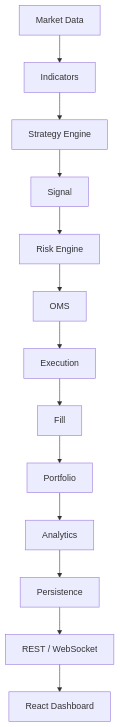
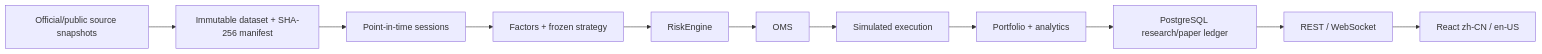
One commit to MakenzieAhern/quant-trading-platform changed the diagram in README.md. Above: the diagram before and after it, drawn with Mermaid. The commit also changed other lines of this file and 718 other files, not shown here.

````diff
--- a/README.md
+++ b/README.md
@@ -46,15 +51,13 @@
 ```mermaid
-flowchart TD
-    A[Market Data] --> B[Indicators]
-    B --> C[Strategy Engine]
-    C --> D[Signal]
-    D --> E[Risk Engine]
+flowchart LR
+    A[Official/public source snapshots] --> B[Immutable dataset + SHA-256 manifest]
+    B --> C[Point-in-time sessions]
+    C --> D[Factors + frozen strategy]
+    D --> E[RiskEngine]
     E --> F[OMS]
-    F --> G[Execution]
-    G --> H[Fill]
-    H --> I[Portfolio]
-    I --> J[Analytics]
-    J --> K[Persistence]
-    K --> L[REST / WebSocket]
-    L --> M[React Dashboard]
+    F --> G[Simulated execution]
+    G --> H[Portfolio + analytics]
+    H --> I[PostgreSQL research/paper ledger]
+    I --> J[REST / WebSocket]
+    J --> K[React zh-CN / en-US]
 ```
````
